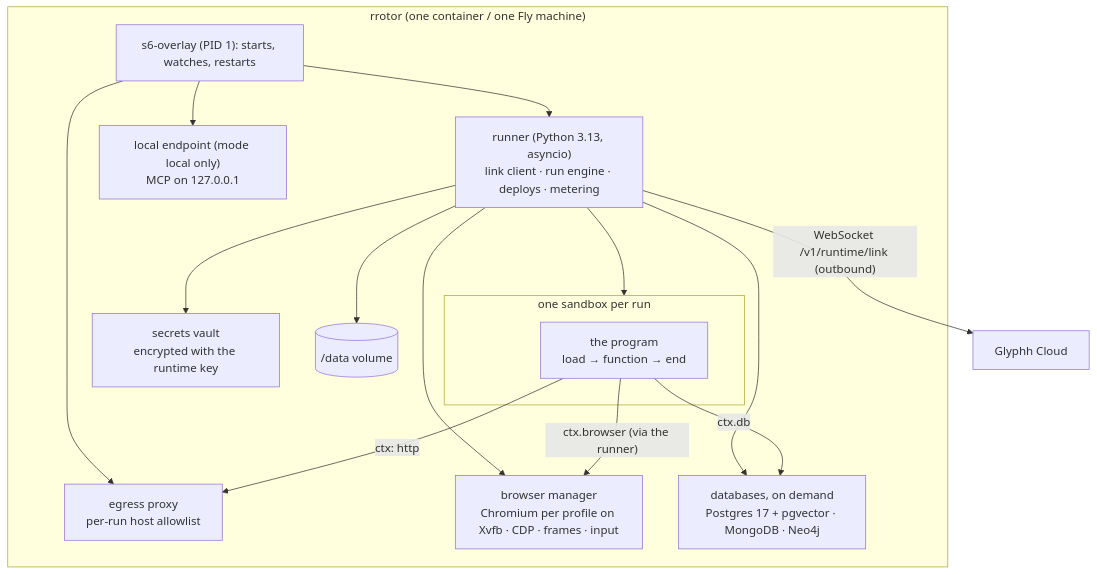
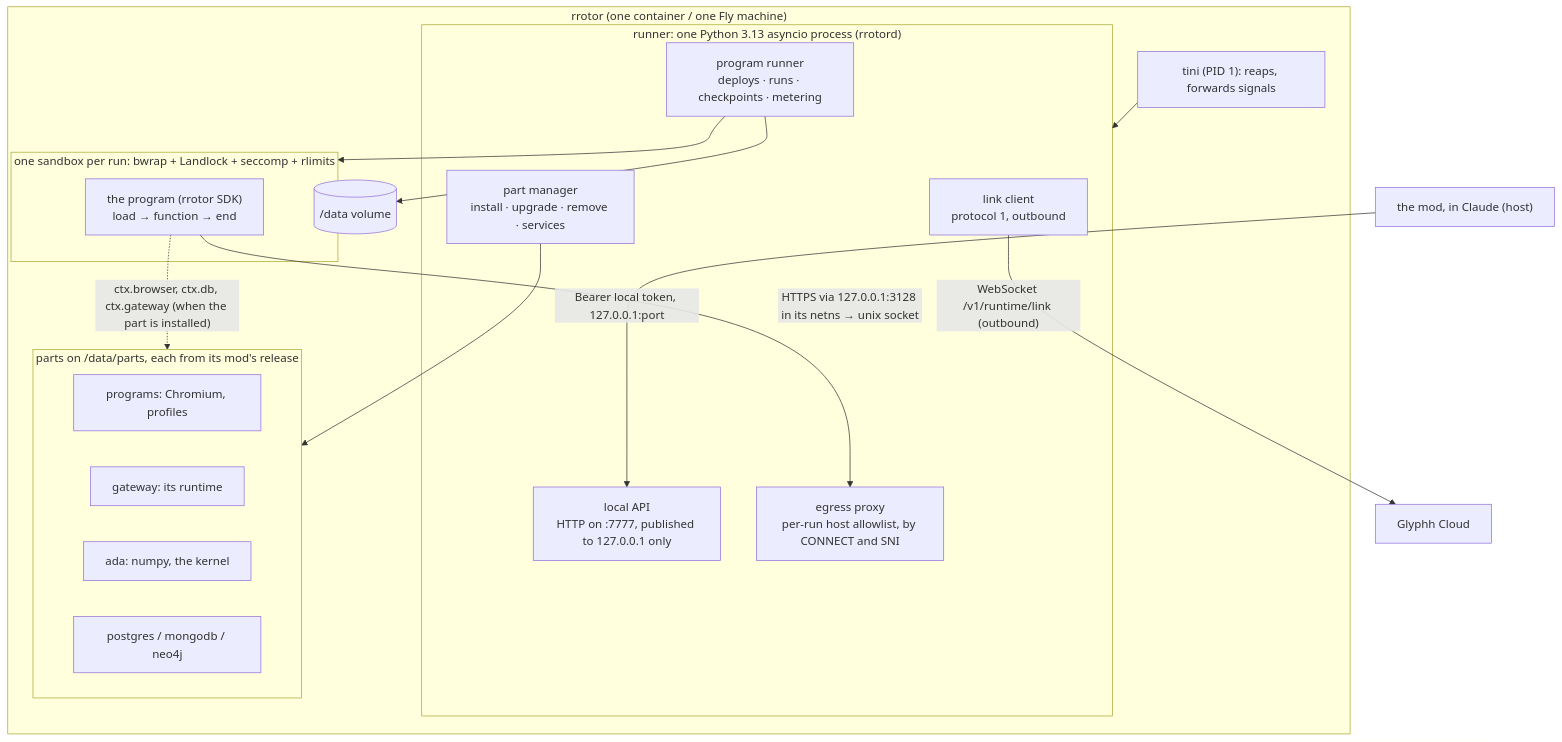
Diagram 12 of 13 in docs/architecture.md (glyphh-ai/rrotor), drawn with Mermaid before and after one commit. The commit also changed other lines of this file, not shown here.

````diff
--- a/docs/architecture.md
+++ b/docs/architecture.md
@@ -446,29 +471,33 @@
 ```mermaid
 flowchart TB
     subgraph R["rrotor (one container / one Fly machine)"]
-        S6["s6-overlay (PID 1): starts, watches, restarts"]
-        Runner["runner (Python 3.13, asyncio)<br/>link client · run engine · deploys · metering"]
-        Local["local endpoint (mode local only)<br/>MCP on 127.0.0.1"]
-        Proxy["egress proxy<br/>per-run host allowlist"]
-        Browser["browser manager<br/>Chromium per profile on Xvfb · CDP · frames · input"]
-        DBs["databases, on demand<br/>Postgres 17 + pgvector · MongoDB · Neo4j"]
-        Vault["secrets vault<br/>encrypted with the runtime key"]
-        subgraph Sandbox["one sandbox per run"]
-            Prog["the program<br/>load → function → end"]
+        Tini["tini (PID 1): reaps, forwards signals"]
+        subgraph Runner["runner: one Python 3.13 asyncio process (rrotord)"]
+            Link["link client<br/>protocol 1, outbound"]
+            Local["local API<br/>HTTP on :7777, published to 127.0.0.1 only"]
+            Engine["program runner<br/>deploys · runs · checkpoints · metering"]
+            Proxy["egress proxy<br/>per-run host allowlist, by CONNECT and SNI"]
+            Parts["part manager<br/>install · upgrade · remove · services"]
+        end
+        subgraph Sandbox["one sandbox per run: bwrap + Landlock + seccomp + rlimits"]
+            Prog["the program (rrotor SDK)<br/>load → function → end"]
+        end
+        subgraph PartsBox["parts on /data/parts, each from its mod's release"]
+            PChrome["programs: Chromium, profiles"]
+            PGateway["gateway: its runtime"]
+            PAda["ada: numpy, the kernel"]
+            PDB["postgres / mongodb / neo4j"]
         end
         Data[("/data volume")]
-        S6 --> Runner
-        S6 --> Local
-        S6 --> Proxy
-        Runner --> Sandbox
-        Runner --> Browser
-        Runner --> DBs
-        Runner --> Vault
-        Prog -- "ctx: http" --> Proxy
-        Prog -- "ctx.browser (via the runner)" --> Browser
-        Prog -- "ctx.db" --> DBs
-        Runner --> Data
+        Tini --> Runner
+        Engine --> Sandbox
+        Parts --> PartsBox
+        Prog -- "HTTPS via 127.0.0.1:3128 in its netns → unix socket" --> Proxy
+        Prog -. "ctx.browser, ctx.db, ctx.gateway (when the part is installed)" .-> PartsBox
+        Engine --> Data
     end
+    Mod["the mod, in Claude (host)"]
     Cloud["Glyphh Cloud"]
-    Runner -- "WebSocket /v1/runtime/link (outbound)" --> Cloud
+    Link -- "WebSocket /v1/runtime/link (outbound)" --> Cloud
+    Mod -- "Bearer local token, 127.0.0.1:port" --> Local
 ```
````
